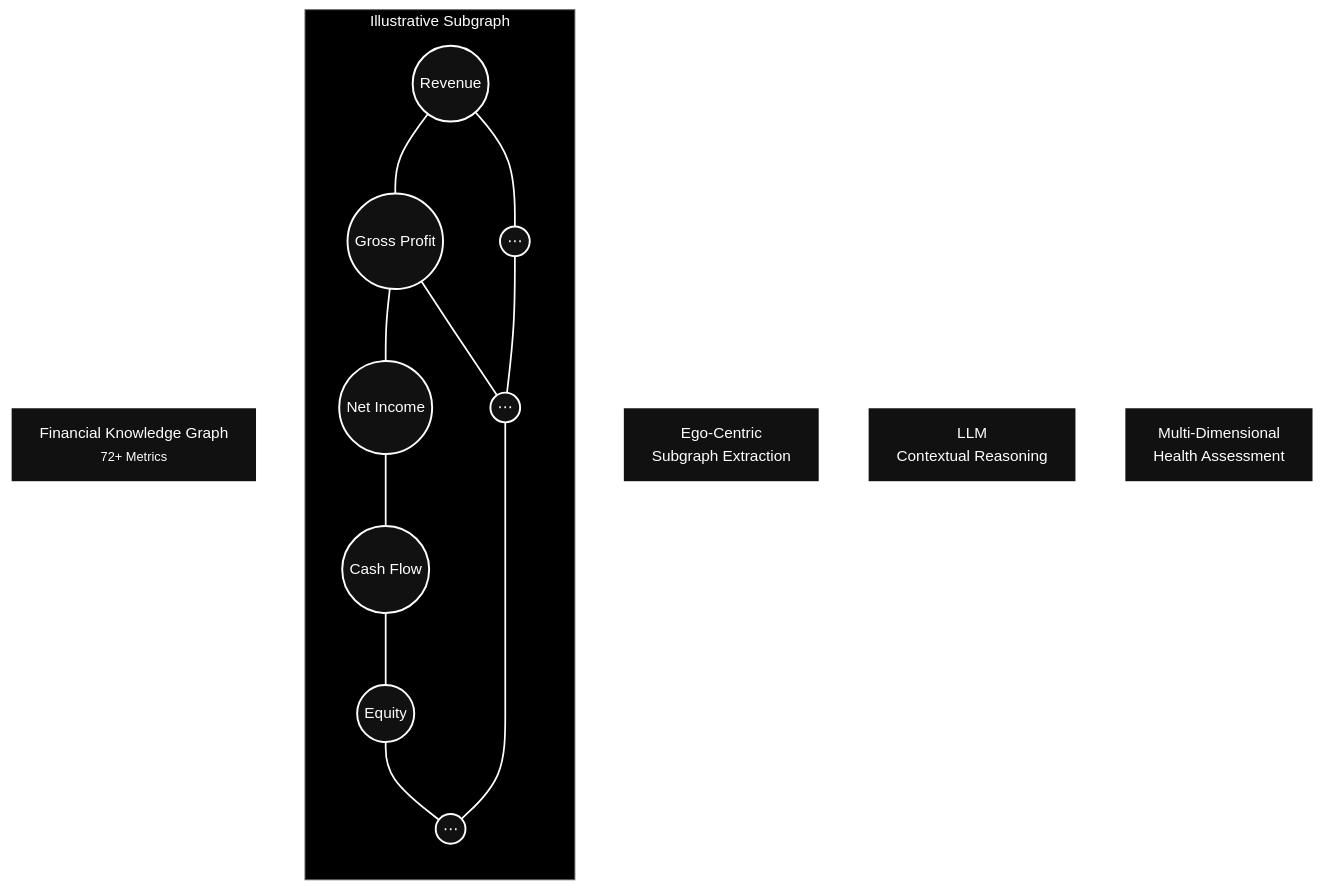
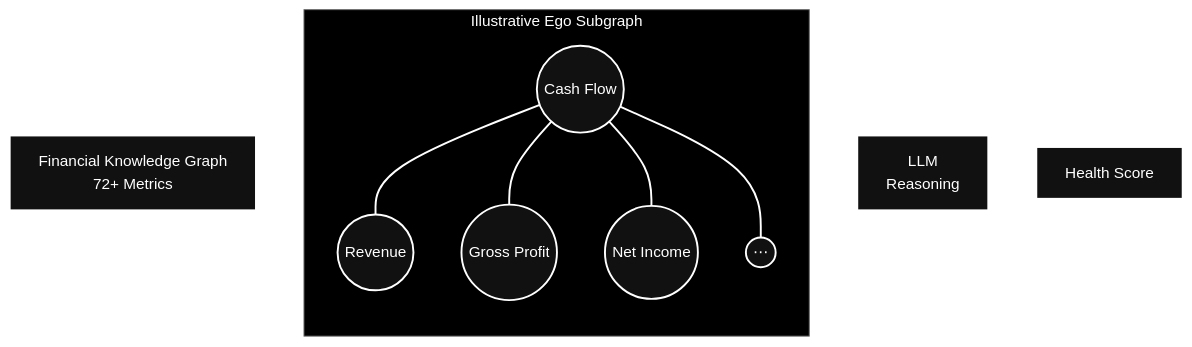
Before and after one commit to Shiva498689/GDG_PS: the diagram in README.md, drawn with Mermaid.

Commit message:
vbhjwfcnjwfn

````diff
--- a/README.md
+++ b/README.md
@@ -1,50 +1,36 @@
 ```mermaid
 flowchart LR
 
-    KG["Financial Knowledge Graph<br/><small>72+ Metrics</small>"]
+    KG["Financial Knowledge Graph<br/>72+ Metrics"]
 
-    subgraph SG["Illustrative Subgraph"]
+    subgraph SG["Illustrative Ego Subgraph"]
 
         REV((Revenue))
         GP((Gross Profit))
+        CFO((Cash Flow))
         NI((Net Income))
-        CFO((Cash Flow))
-        EQ((Equity))
+        MORE((⋯))
 
-        MORE1((⋯))
-        MORE2((⋯))
-        MORE3((⋯))
-
-        REV --- GP
-        GP --- NI
-        NI --- CFO
-        CFO --- EQ
-
-        REV --- MORE1
-        GP --- MORE2
-        EQ --- MORE3
-
-        MORE1 --- MORE2
-        MORE2 --- MORE3
+        CFO --- REV
+        CFO --- GP
+        CFO --- NI
+        CFO --- MORE
 
     end
 
-    EGO["Ego-Centric<br/>Subgraph Extraction"]
+    AI["LLM<br/>Reasoning"]
 
-    LLM["LLM<br/>Contextual Reasoning"]
-
-    SCORE["Multi-Dimensional<br/>Health Assessment"]
+    SCORE["Health Score"]
 
     KG --> SG
-    SG --> EGO
-    EGO --> LLM
-    LLM --> SCORE
+    SG --> AI
+    AI --> SCORE
 
     classDef dark fill:#111111,stroke:#FFFFFF,color:#FFFFFF,stroke-width:2px;
 
-    class KG,EGO,LLM,SCORE,REV,GP,NI,CFO,EQ,MORE1,MORE2,MORE3 dark;
+    class KG,AI,SCORE,REV,GP,CFO,NI,MORE dark;
 
     style SG fill:#000000,stroke:#666666,color:#FFFFFF
 
-    linkStyle default stroke:#FFFFFF,stroke-width:1.8px
+    linkStyle default stroke:#FFFFFF,stroke-width:2px
 ```
````
